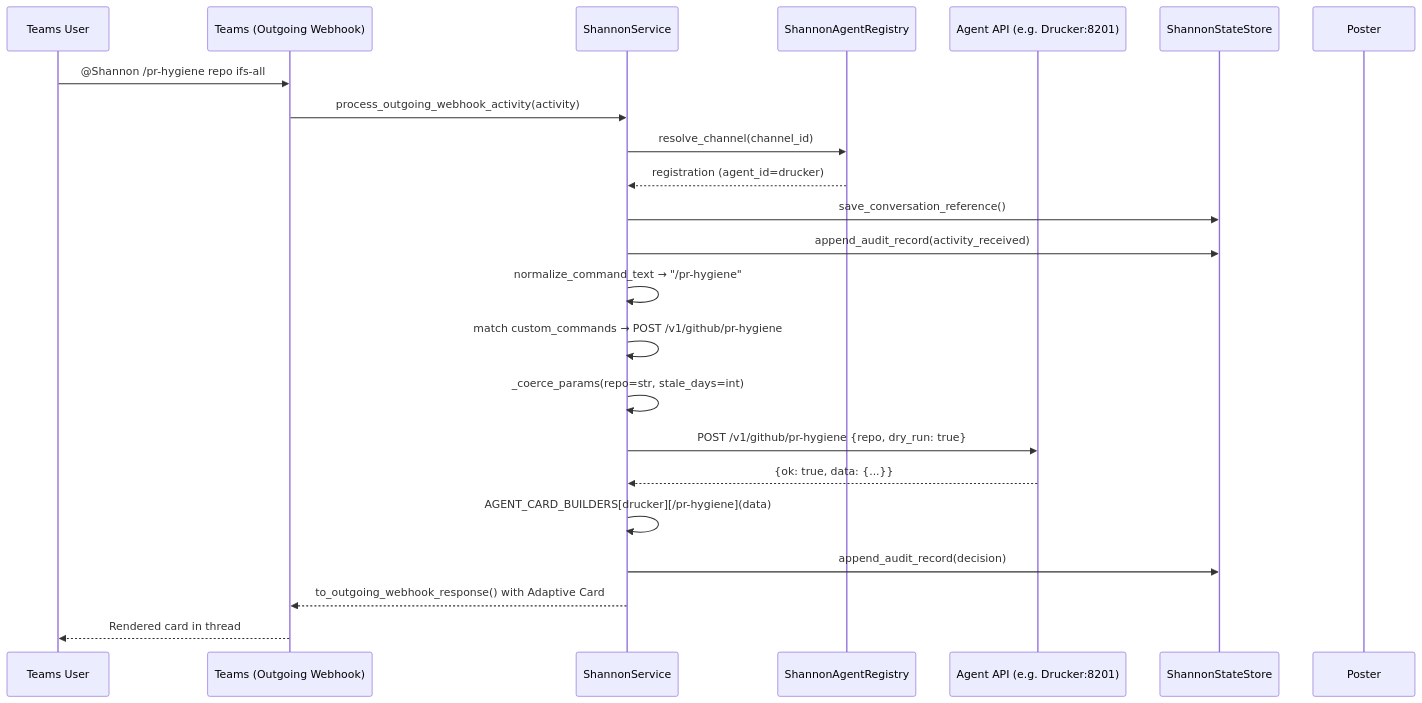
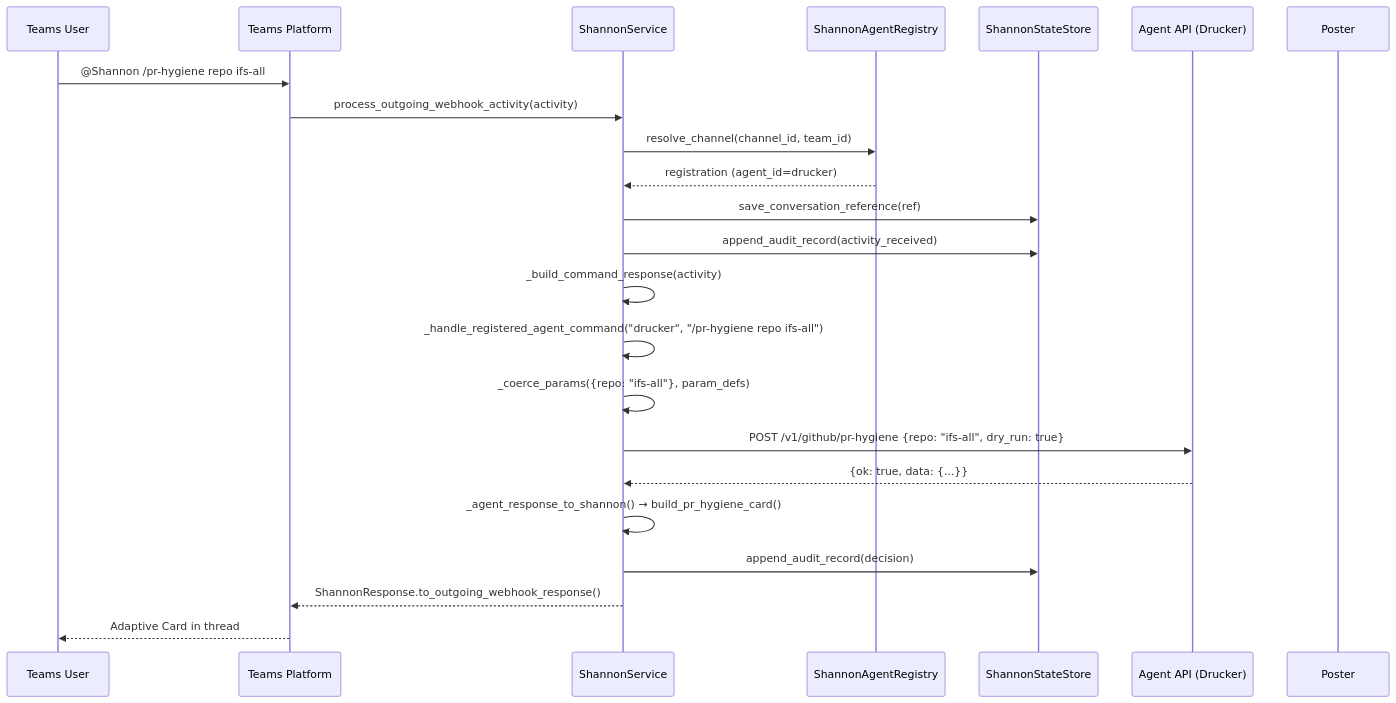
The second of 4 diagrams in docs/agents-shannon.md (jmac-cornelis/agent-workforce), drawn with Mermaid before and after one commit. The commit also changed other lines of this file and 7 other files, not shown here.

````diff
--- a/docs/agents-shannon.md
+++ b/docs/agents-shannon.md
@@ -69,26 +72,26 @@
 ```mermaid
 sequenceDiagram
     participant U as Teams User
-    participant T as Teams (Outgoing Webhook)
+    participant T as Teams Platform
     participant SVC as ShannonService
     participant REG as ShannonAgentRegistry
-    participant A as Agent API (e.g. Drucker:8201)
     participant SS as ShannonStateStore
+    participant A as Agent API (Drucker)
     participant PST as Poster
 
     U->>T: @Shannon /pr-hygiene repo ifs-all
     T->>SVC: process_outgoing_webhook_activity(activity)
-    SVC->>REG: resolve_channel(channel_id)
+    SVC->>REG: resolve_channel(channel_id, team_id)
     REG-->>SVC: registration (agent_id=drucker)
-    SVC->>SS: save_conversation_reference()
+    SVC->>SS: save_conversation_reference(ref)
     SVC->>SS: append_audit_record(activity_received)
-    SVC->>SVC: normalize_command_text → "/pr-hygiene"
-    SVC->>SVC: match custom_commands → POST /v1/github/pr-hygiene
-    SVC->>SVC: _coerce_params(repo=str, stale_days=int)
-    SVC->>A: POST /v1/github/pr-hygiene {repo, dry_run: true}
+    SVC->>SVC: _build_command_response(activity)
+    SVC->>SVC: _handle_registered_agent_command("drucker", "/pr-hygiene repo ifs-all")
+    SVC->>SVC: _coerce_params({repo: "ifs-all"}, param_defs)
+    SVC->>A: POST /v1/github/pr-hygiene {repo: "ifs-all", dry_run: true}
     A-->>SVC: {ok: true, data: {...}}
-    SVC->>SVC: AGENT_CARD_BUILDERS[drucker][/pr-hygiene](data)
+    SVC->>SVC: _agent_response_to_shannon() → build_pr_hygiene_card()
     SVC->>SS: append_audit_record(decision)
-    SVC-->>T: to_outgoing_webhook_response() with Adaptive Card
-    T-->>U: Rendered card in thread
+    SVC-->>T: ShannonResponse.to_outgoing_webhook_response()
+    T-->>U: Adaptive Card in thread
 ```
````
